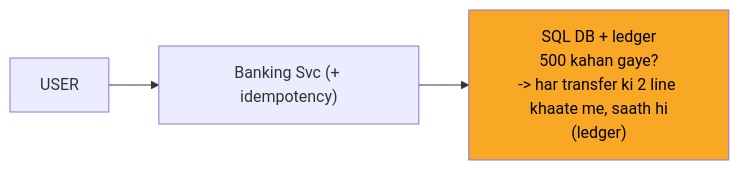
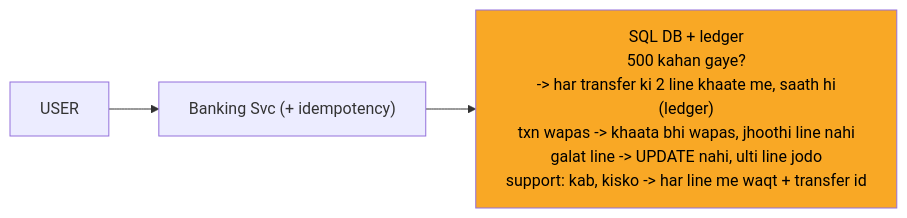
The fifth of 13 diagrams in 04_HLD/SYSTEM_DESIGNS/13_banking_system/13_banking_system.md (ArpanMaheshwari144/Prep), drawn with Mermaid before and after one commit. The commit also changed other lines of this file and 12 other files, not shown here.

Commit message:
hld 02-14: peele dabbe me SAFAR ke mod + diagram chauda (wrappingWidth 450)

````diff
--- a/04_HLD/SYSTEM_DESIGNS/13_banking_system/13_banking_system.md
+++ b/04_HLD/SYSTEM_DESIGNS/13_banking_system/13_banking_system.md
@@ -172,9 +176,10 @@
 ```mermaid
+%%{init: {"flowchart": {"wrappingWidth": 450}}}%%
 flowchart LR
     n_USER["USER"]
     n_SVC["Banking Svc (+ idempotency)"]
-    n_DB["SQL DB + ledger<br/>500 kahan gaye?<br/>-> har transfer ki 2 line khaate me, saath hi<br/>(ledger)"]
+    n_DB["SQL DB + ledger<br/>500 kahan gaye?<br/>-> har transfer ki 2 line khaate me, saath hi<br/>(ledger)<br/>txn wapas -> khaata bhi wapas, jhoothi line nahi<br/>galat line -> UPDATE nahi, ulti line jodo<br/>support: kab, kisko -> har line me waqt + transfer id"]
     n_USER --> n_SVC
     n_SVC --> n_DB
     style n_DB fill:#f9a825,color:#000
 ```
````
